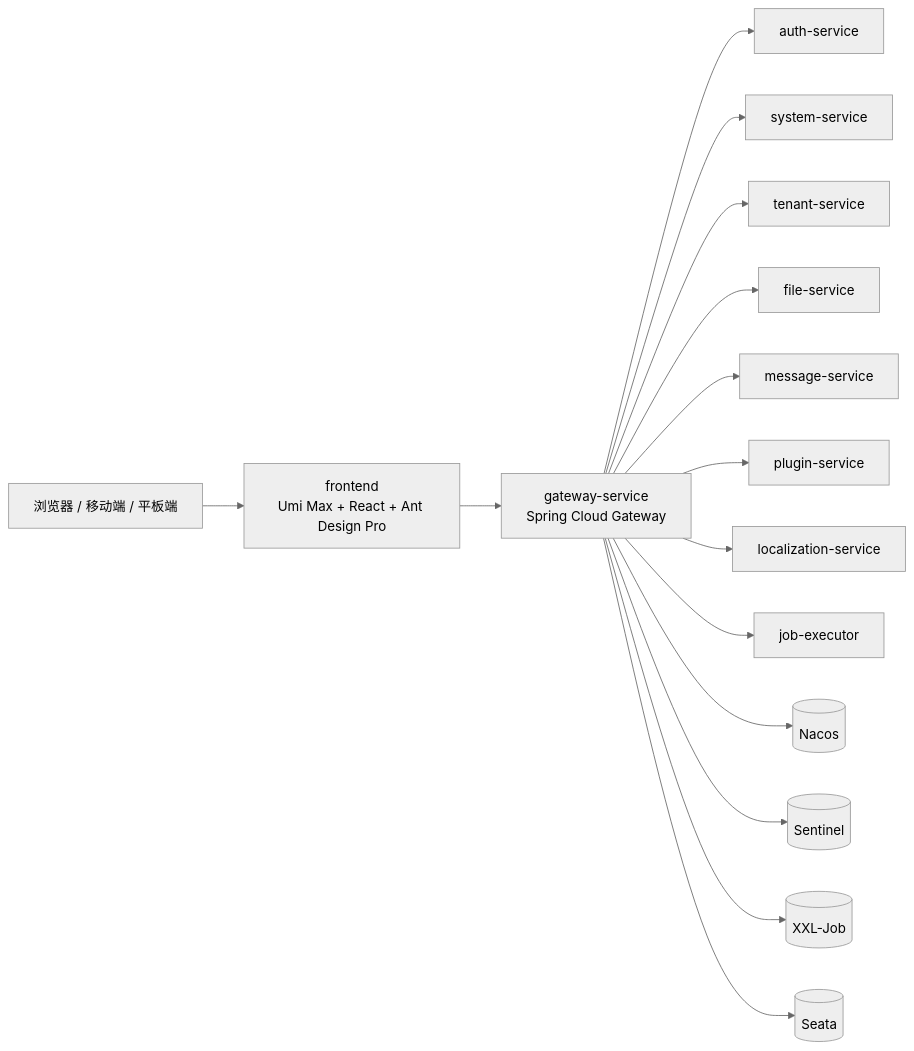
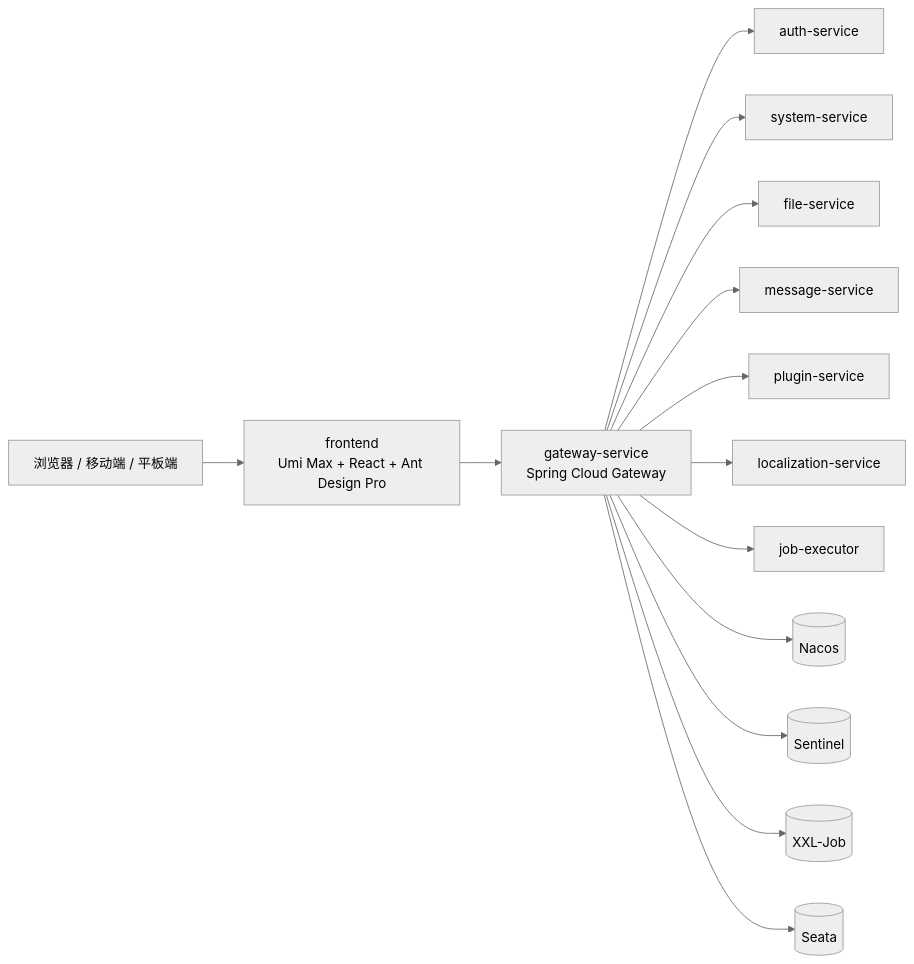
Before and after one commit to Elexvx/Lumira: the diagram in README.md, drawn with Mermaid (neutral theme). The commit also changed other lines of this file and 172 other files, not shown here.

````diff
--- a/README.md
+++ b/README.md
@@ -63,17 +63,16 @@
 ```mermaid
 flowchart LR
   U[浏览器 / 移动端 / 平板端] --> F[frontend<br/>Umi Max + React + Ant Design Pro]
   F --> G[gateway-service<br/>Spring Cloud Gateway]
   G --> A[auth-service]
   G --> S[system-service]
-  G --> T[tenant-service]
   G --> Fi[file-service]
   G --> M[message-service]
   G --> P[plugin-service]
   G --> L[localization-service]
   G --> J[job-executor]
   G --> N[(Nacos)]
   G --> Se[(Sentinel)]
   G --> X[(XXL-Job)]
   G --> Sa[(Seata)]
 ```
````
